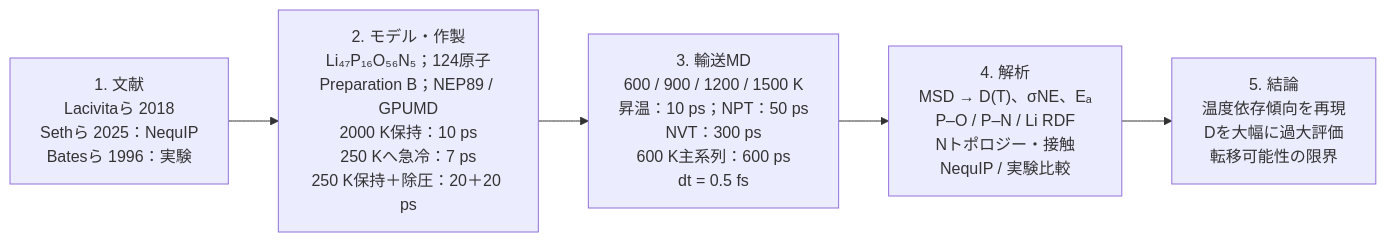
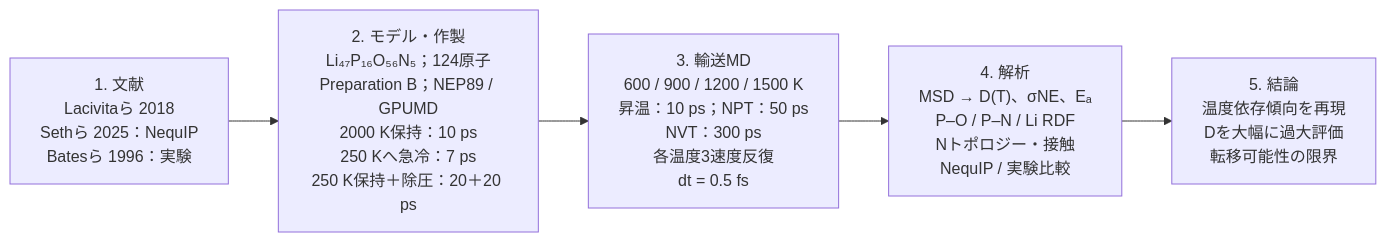
One commit to Long-Brian-Yang/li-research changed the sixth of 6 diagrams in docs/materials/materials_overview_ja.md. Above: the diagram before and after it, drawn with Mermaid. The commit also changed other lines of this file and 34 other files, not shown here.

````diff
--- a/docs/materials/materials_overview_ja.md
+++ b/docs/materials/materials_overview_ja.md
@@ -596,7 +596,7 @@
 ```mermaid
 flowchart LR
     A["1. 文献<br/>Lacivitaら 2018<br/>Sethら 2025：NequIP<br/>Batesら 1996：実験"] --> B["2. モデル・作製<br/>Li₄₇P₁₆O₅₆N₅；124原子<br/>Preparation B；NEP89 / GPUMD<br/>2000 K保持：10 ps<br/>250 Kへ急冷：7 ps<br/>250 K保持＋除圧：20＋20 ps"]
-    B --> C["3. 輸送MD<br/>600 / 900 / 1200 / 1500 K<br/>昇温：10 ps；NPT：50 ps<br/>NVT：300 ps<br/>600 K主系列：600 ps<br/>dt = 0.5 fs"]
+    B --> C["3. 輸送MD<br/>600 / 900 / 1200 / 1500 K<br/>昇温：10 ps；NPT：50 ps<br/>NVT：300 ps<br/>各温度3速度反復<br/>dt = 0.5 fs"]
     C --> D["4. 解析<br/>MSD → D(T)、σNE、Eₐ<br/>P–O / P–N / Li RDF<br/>Nトポロジー・接触<br/>NequIP / 実験比較"]
     D --> E["5. 結論<br/>温度依存傾向を再現<br/>Dを大幅に過大評価<br/>転移可能性の限界"]
 ```
````
